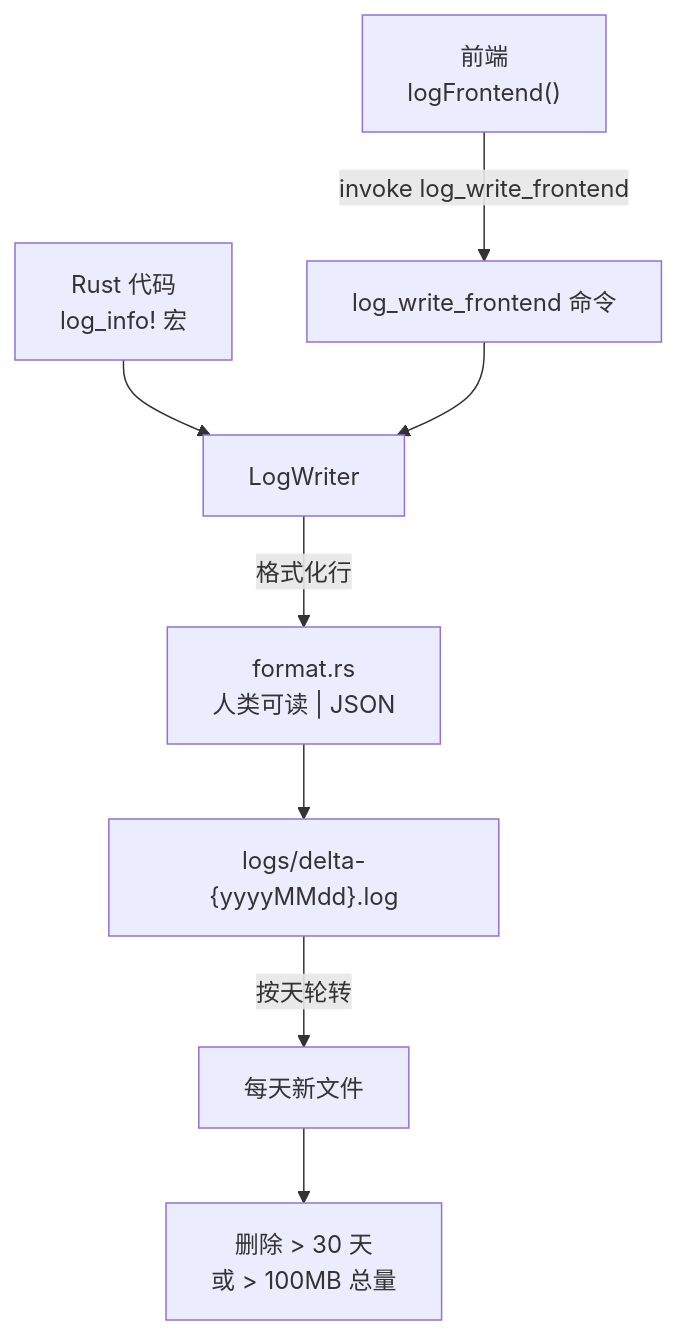
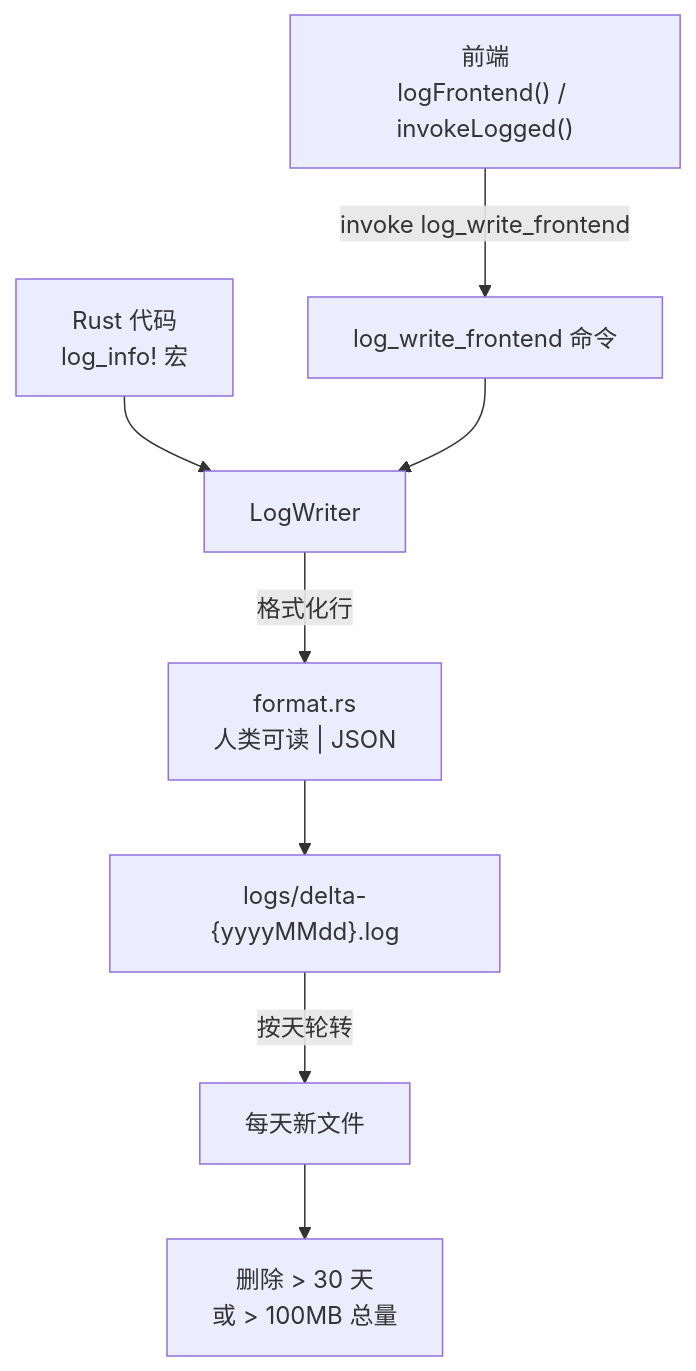
Before and after one commit to IZRINO/delta-auto-tools: the diagram in droid-wiki/systems/logging.md, drawn with Mermaid. The commit also changed other lines of this file and 30 other files, not shown here.

````diff
--- a/droid-wiki/systems/logging.md
+++ b/droid-wiki/systems/logging.md
@@ -28,10 +28,10 @@
 ```mermaid
 graph TD
     Rust["Rust 代码<br/>log_info! 宏"] --> Writer["LogWriter"]
-    Frontend["前端<br/>logFrontend()"] -->|invoke log_write_frontend| Cmd["log_write_frontend 命令"]
+    Frontend["前端<br/>logFrontend() / invokeLogged()"] -->|invoke log_write_frontend| Cmd["log_write_frontend 命令"]
     Cmd --> Writer
     Writer -->|格式化行| Format["format.rs<br/>人类可读 | JSON"]
     Format --> File["logs/delta-{yyyyMMdd}.log"]
     File -->|按天轮转| Rotate["每天新文件"]
     Rotate --> Cleanup["删除 > 30 天<br/>或 > 100MB 总量"]
 ```
````
